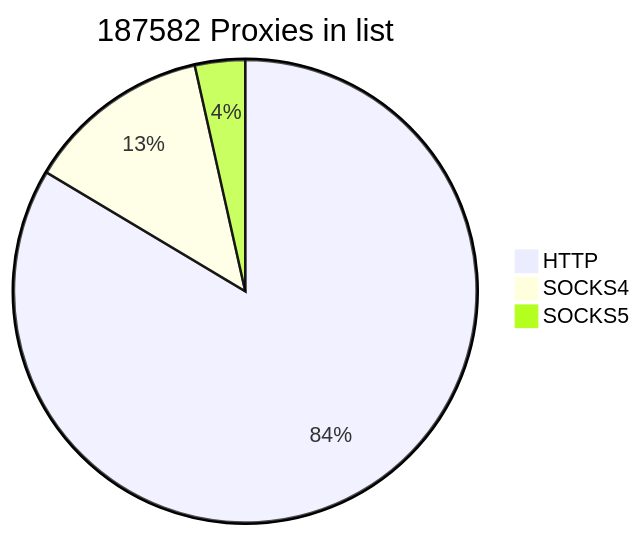
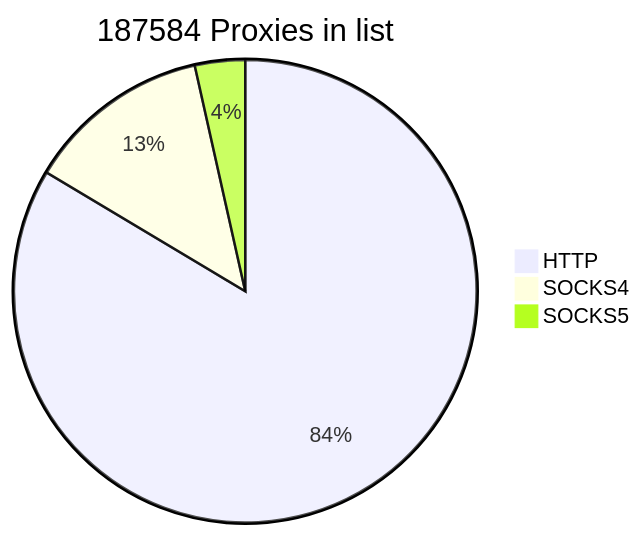
The first of 2 diagrams in README.md (cutipu/proxylist), drawn with Mermaid before and after one commit. The commit also changed other lines of this file, not shown here.

````diff
--- a/README.md
+++ b/README.md
@@ -2,7 +2,7 @@
 ```mermaid
-pie title 187582 Proxies in list
+pie title 187584 Proxies in list
     "HTTP" : 156776
-    "SOCKS4" : 24235
-    "SOCKS5" : 6571
+    "SOCKS4" : 24232
+    "SOCKS5" : 6576
             
 ```
````
